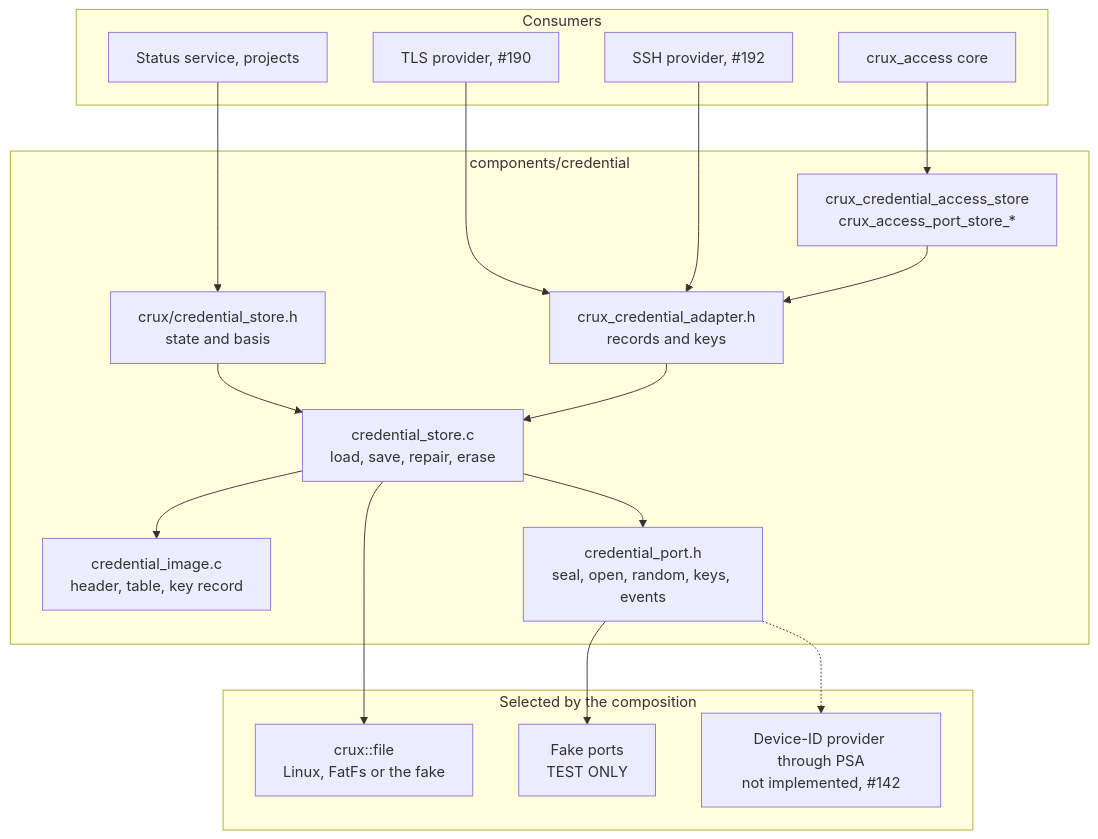
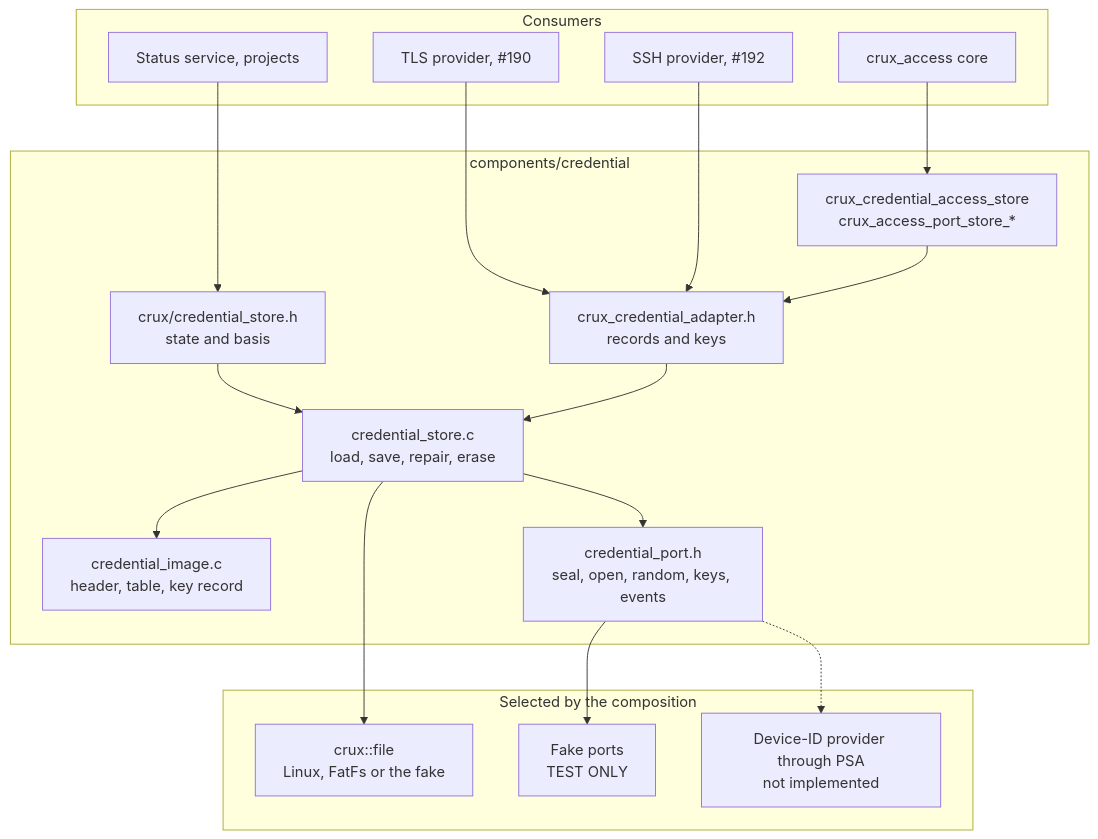
Before and after one commit to wonny-labs/crux-pilot: the first of 3 diagrams in docs/credential-store.md, drawn with Mermaid. The commit also changed other lines of this file and 12 other files, not shown here.

````diff
--- a/docs/credential-store.md
+++ b/docs/credential-store.md
@@ -34,34 +34,34 @@
 ```mermaid
 flowchart TB
     subgraph consumers["Consumers"]
         status["Status service, projects"]
         access["crux_access core"]
         tls["TLS provider, #190"]
         ssh["SSH provider, #192"]
     end
     subgraph component["components/credential"]
         public["crux/credential_store.h<br/>state and basis"]
         adapter["crux_credential_adapter.h<br/>records and keys"]
         bridge["crux_credential_access_store<br/>crux_access_port_store_*"]
         core["credential_store.c<br/>load, save, repair, erase"]
         image["credential_image.c<br/>header, table, key record"]
         port["credential_port.h<br/>seal, open, random, keys, events"]
     end
     subgraph below["Selected by the composition"]
         file["crux::file<br/>Linux, FatFs or the fake"]
         fake["Fake ports<br/>TEST ONLY"]
-        psa["Device-ID provider through PSA<br/>not implemented, #142"]
+        psa["Device-ID provider through PSA<br/>not implemented"]
     end
     status --> public
     tls --> adapter
     ssh --> adapter
     access --> bridge
     bridge --> adapter
     public --> core
     adapter --> core
     core --> image
     core --> port
     core --> file
     port --> fake
     port -.-> psa
 ```
````
